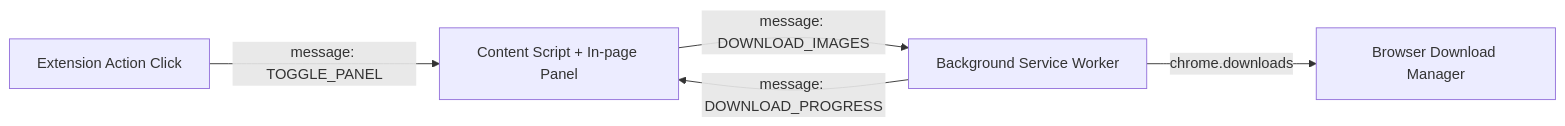
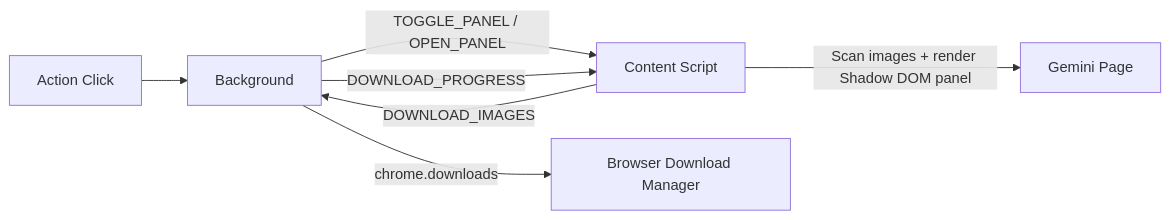
Before and after one commit to liustack/gemini-batch-downloader: the diagram in docs/development-guide.md, drawn with Mermaid. The commit also changed other lines of this file and 3 other files, not shown here.

````diff
--- a/docs/development-guide.md
+++ b/docs/development-guide.md
@@ -37,7 +5,9 @@
 ```mermaid
 graph LR
-    A[Extension Action Click] -- message: TOGGLE_PANEL --> CS[Content Script + In-page Panel]
-    CS -- message: DOWNLOAD_IMAGES --> BG[Background Service Worker]
-    BG -- chrome.downloads --> DL[Browser Download Manager]
-    BG -- message: DOWNLOAD_PROGRESS --> CS
+    A[Action Click] --> B[Background]
+    B -->|TOGGLE_PANEL / OPEN_PANEL| C[Content Script]
+    C -->|Scan images + render Shadow DOM panel| D[Gemini Page]
+    C -->|DOWNLOAD_IMAGES| B
+    B -->|chrome.downloads| E[Browser Download Manager]
+    B -->|DOWNLOAD_PROGRESS| C
 ```
````
